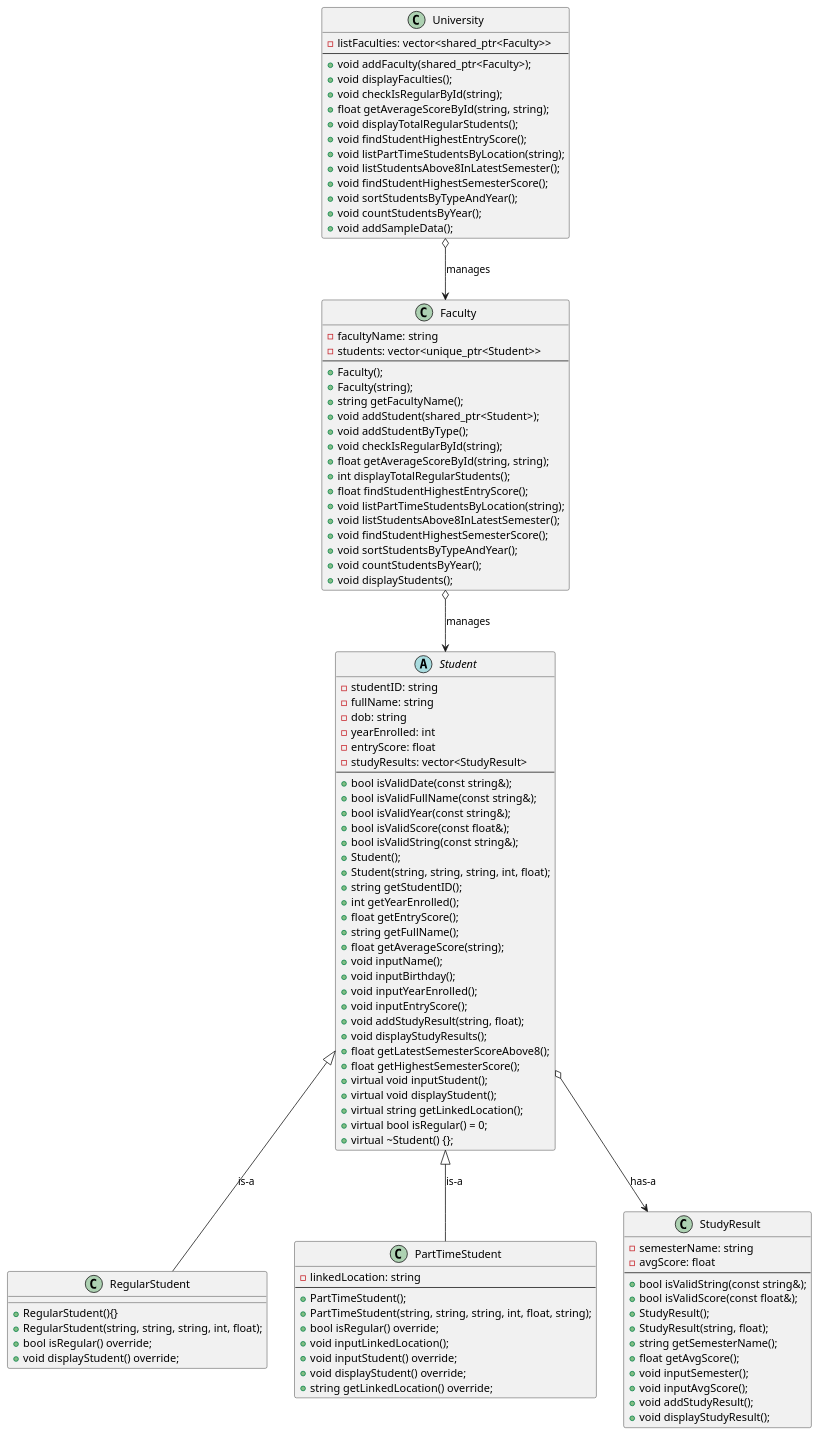
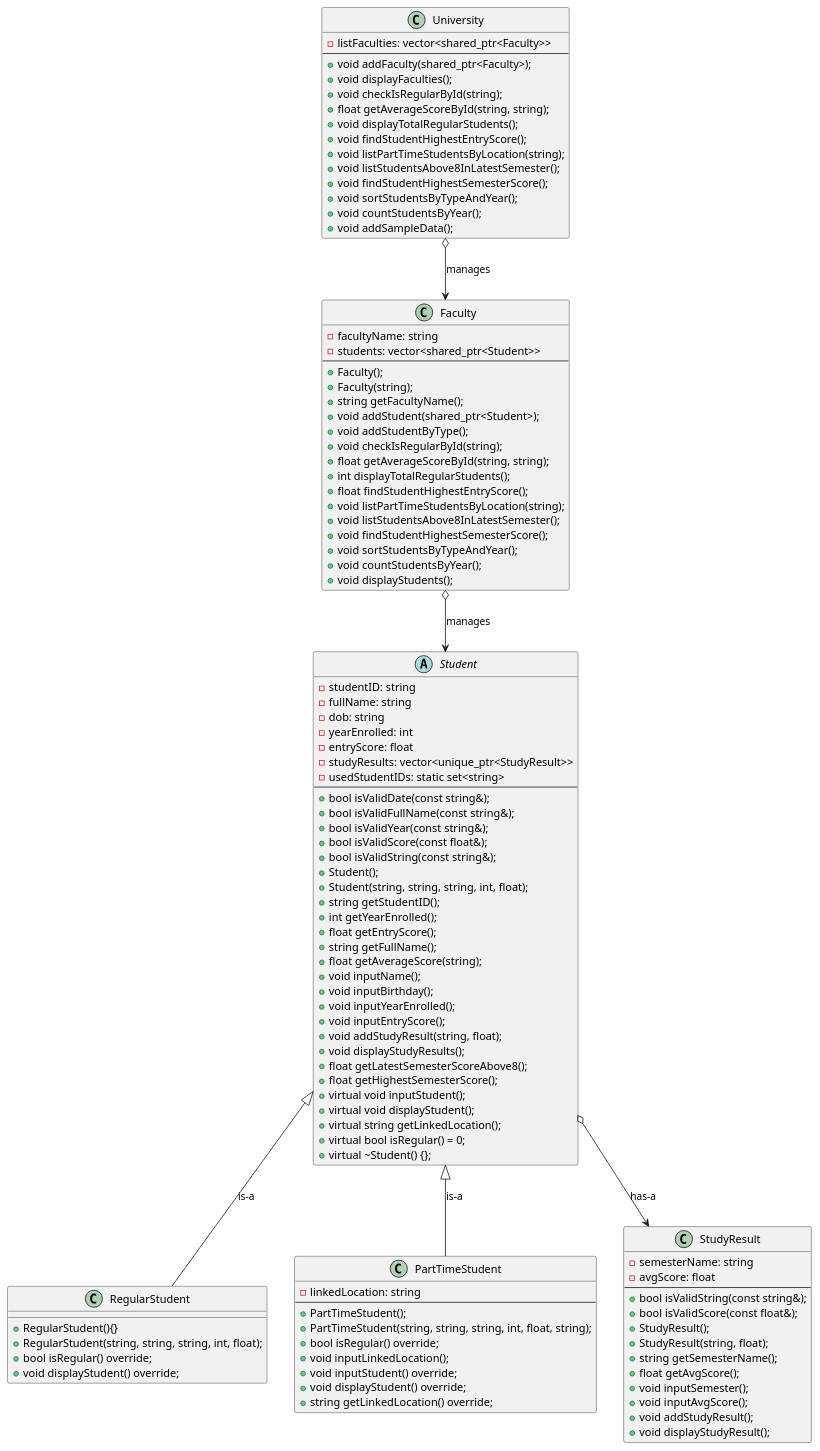
The diagram in .Assigment/OOP/ex15/diagram/diagram.wsd (baobluebird/Basic-C-Cplusplus), drawn with PlantUML before and after one commit. The commit also changed 46 other files, not shown here.

```diff
--- a/.Assigment/OOP/ex15/diagram/diagram.wsd
+++ b/.Assigment/OOP/ex15/diagram/diagram.wsd
@@ -1,116 +1,117 @@
 @startuml
 
 abstract class Student {
     - studentID: string 
     - fullName: string 
     - dob: string 
     - yearEnrolled: int 
     - entryScore: float 
-    - studyResults: vector<StudyResult> 
+    - studyResults: vector<unique_ptr<StudyResult>> 
+    - usedStudentIDs: static set<string>
     --
     + bool isValidDate(const string&);
     + bool isValidFullName(const string&);
     + bool isValidYear(const string&);
     + bool isValidScore(const float&);
     + bool isValidString(const string&);
     + Student();
     + Student(string, string, string, int, float);
     + string getStudentID();
     + int getYearEnrolled();
     + float getEntryScore();
     + string getFullName();
     + float getAverageScore(string);
     + void inputName();
     + void inputBirthday();
     + void inputYearEnrolled();
     + void inputEntryScore();
     + void addStudyResult(string, float);
     + void displayStudyResults();
     + float getLatestSemesterScoreAbove8();
     + float getHighestSemesterScore();
     + virtual void inputStudent();
     + virtual void displayStudent();
     + virtual string getLinkedLocation();
     + virtual bool isRegular() = 0;
     + virtual ~Student() {};
 }
 
 class RegularStudent {
     + RegularStudent(){}
     + RegularStudent(string, string, string, int, float);
     + bool isRegular() override;
     + void displayStudent() override;
 }
 
 class PartTimeStudent {
     - linkedLocation: string 
     --
     + PartTimeStudent();
     + PartTimeStudent(string, string, string, int, float, string);
     + bool isRegular() override;
     + void inputLinkedLocation();
     + void inputStudent() override;
     + void displayStudent() override;
     + string getLinkedLocation() override;
 }
 
 class StudyResult {
     - semesterName: string
     - avgScore: float
     --
     + bool isValidString(const string&);
     + bool isValidScore(const float&);
     + StudyResult();
     + StudyResult(string, float);
     + string getSemesterName();
     + float getAvgScore();
     + void inputSemester();
     + void inputAvgScore();
     + void addStudyResult();
     + void displayStudyResult();
 }
 
 class Faculty {
     - facultyName: string 
-    - students: vector<unique_ptr<Student>> 
+    - students: vector<shared_ptr<Student>> 
     --
     + Faculty();
     + Faculty(string);
     + string getFacultyName();
     + void addStudent(shared_ptr<Student>);
     + void addStudentByType();
     + void checkIsRegularById(string);
     + float getAverageScoreById(string, string);
     + int displayTotalRegularStudents();
     + float findStudentHighestEntryScore();
     + void listPartTimeStudentsByLocation(string);
     + void listStudentsAbove8InLatestSemester();
     + void findStudentHighestSemesterScore();
     + void sortStudentsByTypeAndYear();
     + void countStudentsByYear();
     + void displayStudents();
 }
 
 class University{
     - listFaculties: vector<shared_ptr<Faculty>>
     --
     + void addFaculty(shared_ptr<Faculty>);
     + void displayFaculties();
     + void checkIsRegularById(string);
     + float getAverageScoreById(string, string);
     + void displayTotalRegularStudents();
     + void findStudentHighestEntryScore();
     + void listPartTimeStudentsByLocation(string);
     + void listStudentsAbove8InLatestSemester();
     + void findStudentHighestSemesterScore();
     + void sortStudentsByTypeAndYear();
     + void countStudentsByYear();
     + void addSampleData();
 }
 
 Student <|-- RegularStudent : is-a
 Student <|-- PartTimeStudent : is-a
 Student o--> StudyResult : has-a
 Faculty o--> Student : manages
 University o--> Faculty : manages
 @enduml
```
